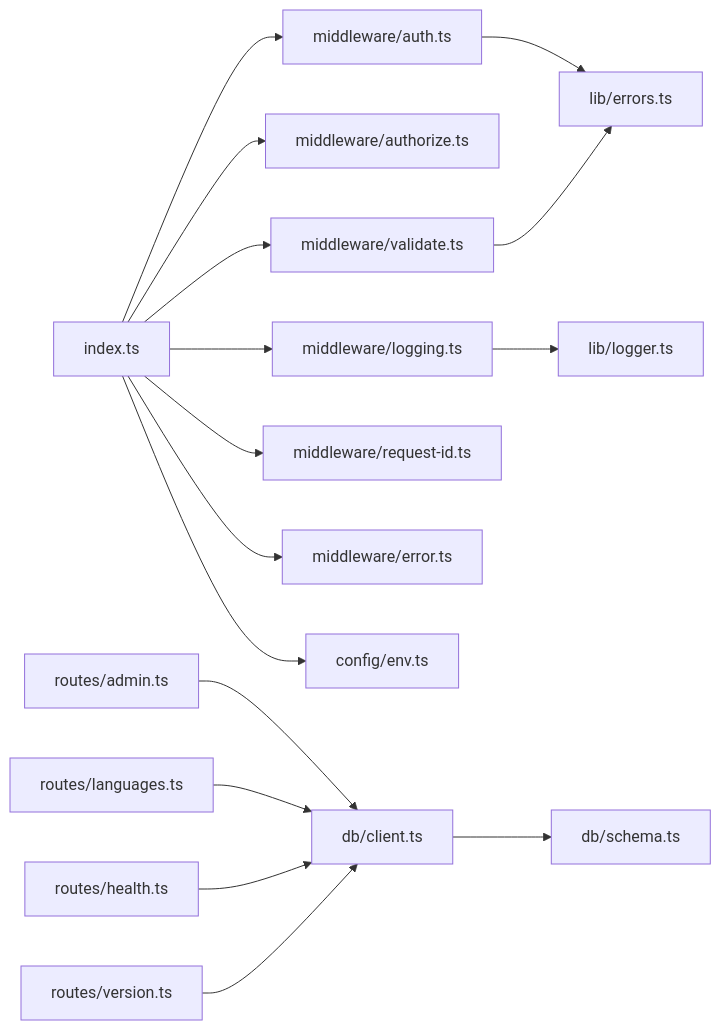
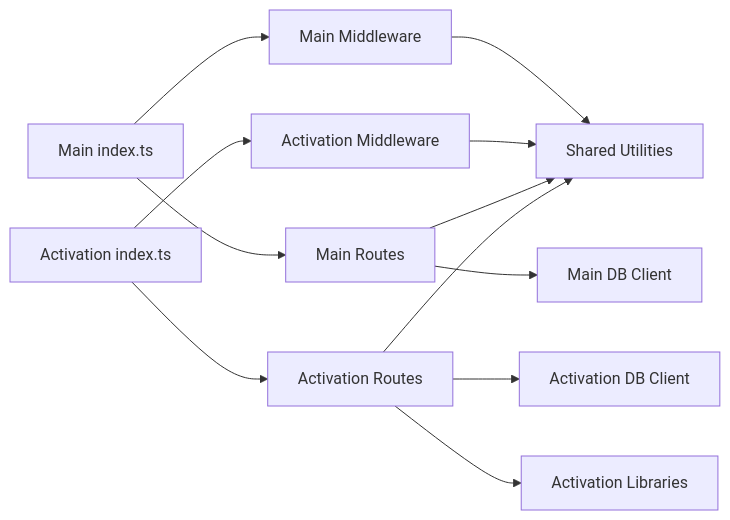
The fifth of 6 diagrams in .qoder/repowiki/en/content/Architecture Overview/Architecture Overview.md (Mesililm-LLC/api.trackdub), drawn with Mermaid before and after one commit. The commit also changed other lines of this file and 37 other files, not shown here.

````diff
--- a/.qoder/repowiki/en/content/Architecture Overview/Architecture Overview.md
+++ b/.qoder/repowiki/en/content/Architecture Overview/Architecture Overview.md
@@ -356,18 +319,14 @@
 ```mermaid
 graph LR
-Index["index.ts"] --> MW_Auth["middleware/auth.ts"]
-Index --> MW_Authorize["middleware/authorize.ts"]
-Index --> MW_Validate["middleware/validate.ts"]
-Index --> MW_Logging["middleware/logging.ts"]
-Index --> MW_RequestID["middleware/request-id.ts"]
-Index --> MW_Error["middleware/error.ts"]
-MW_Auth --> Lib_Errors["lib/errors.ts"]
-MW_Logging --> Lib_Logger["lib/logger.ts"]
-MW_Validate --> Lib_Errors
-Routes_Admin["routes/admin.ts"] --> DB_Client["db/client.ts"]
-Routes_Languages["routes/languages.ts"] --> DB_Client
-Routes_Health["routes/health.ts"] --> DB_Client
-Routes_Version["routes/version.ts"] --> DB_Client
-DB_Client --> DB_Schema["db/schema.ts"]
-Index --> CFG_Env["config/env.ts"]
+MainIndex["Main index.ts"] --> MainMW["Main Middleware"]
+MainIndex --> MainRoutes["Main Routes"]
+MainRoutes --> MainDB["Main DB Client"]
+ActIndex["Activation index.ts"] --> ActMW["Activation Middleware"]
+ActIndex --> ActRoutes["Activation Routes"]
+ActRoutes --> ActDB["Activation DB Client"]
+ActRoutes --> ActLib["Activation Libraries"]
+MainMW --> SharedUtils["Shared Utilities"]
+ActMW --> SharedUtils
+MainRoutes --> SharedUtils
+ActRoutes --> SharedUtils
 ```
````
